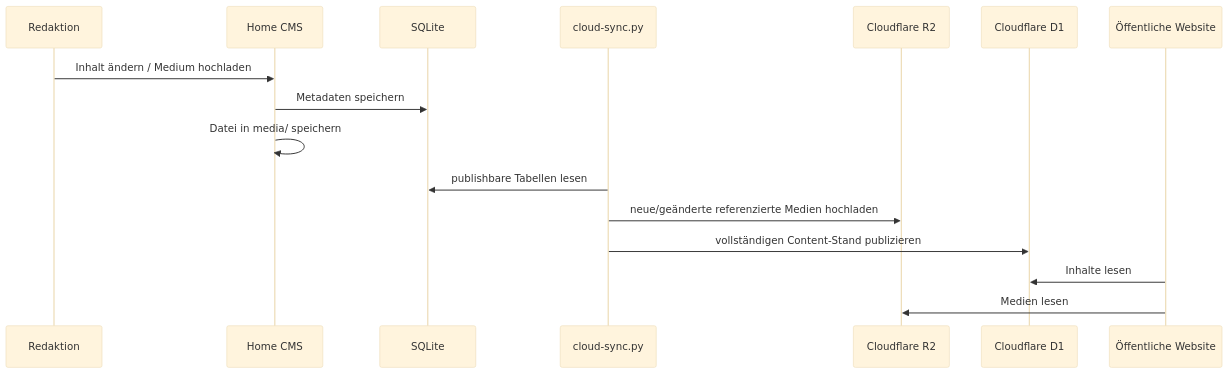
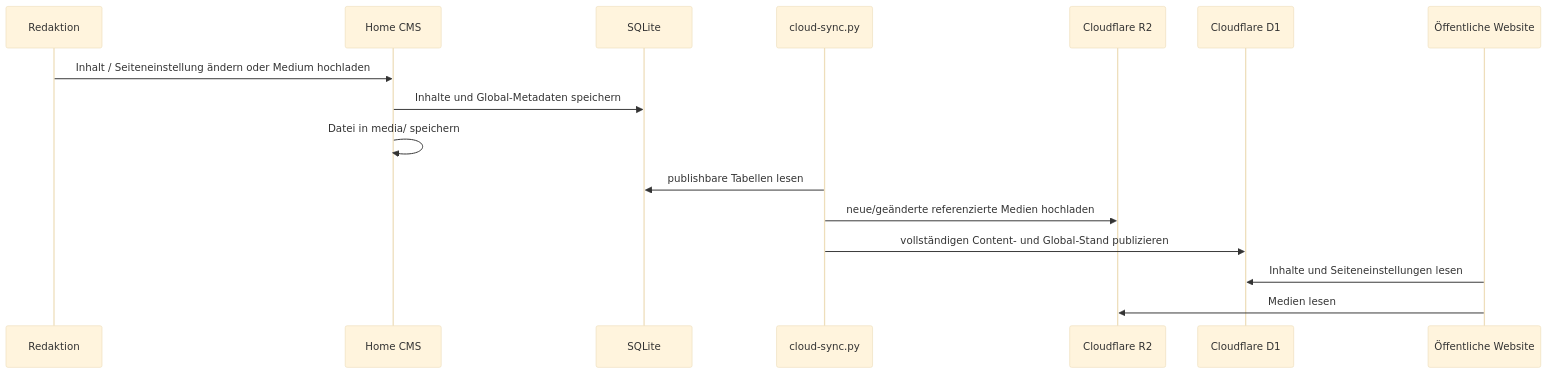
One commit to KarmaKami994/uccelli-website changed the second of 2 diagrams in docs/ARCHITECTURE.md. Above: the diagram before and after it, drawn with Mermaid (base theme). The commit also changed other lines of this file, not shown here.

Commit message:
docs: document CMS page settings architecture

````diff
--- a/docs/ARCHITECTURE.md
+++ b/docs/ARCHITECTURE.md
@@ -419,19 +515,19 @@
 ```mermaid
 sequenceDiagram
     participant Editor as Redaktion
     participant CMS as Home CMS
     participant SQLite as SQLite
     participant Sync as cloud-sync.py
     participant R2 as Cloudflare R2
     participant D1 as Cloudflare D1
     participant Site as Öffentliche Website
 
-    Editor->>CMS: Inhalt ändern / Medium hochladen
-    CMS->>SQLite: Metadaten speichern
+    Editor->>CMS: Inhalt / Seiteneinstellung ändern oder Medium hochladen
+    CMS->>SQLite: Inhalte und Global-Metadaten speichern
     CMS->>CMS: Datei in media/ speichern
     Sync->>SQLite: publishbare Tabellen lesen
     Sync->>R2: neue/geänderte referenzierte Medien hochladen
-    Sync->>D1: vollständigen Content-Stand publizieren
-    Site->>D1: Inhalte lesen
+    Sync->>D1: vollständigen Content- und Global-Stand publizieren
+    Site->>D1: Inhalte und Seiteneinstellungen lesen
     Site->>R2: Medien lesen
 ```
````
